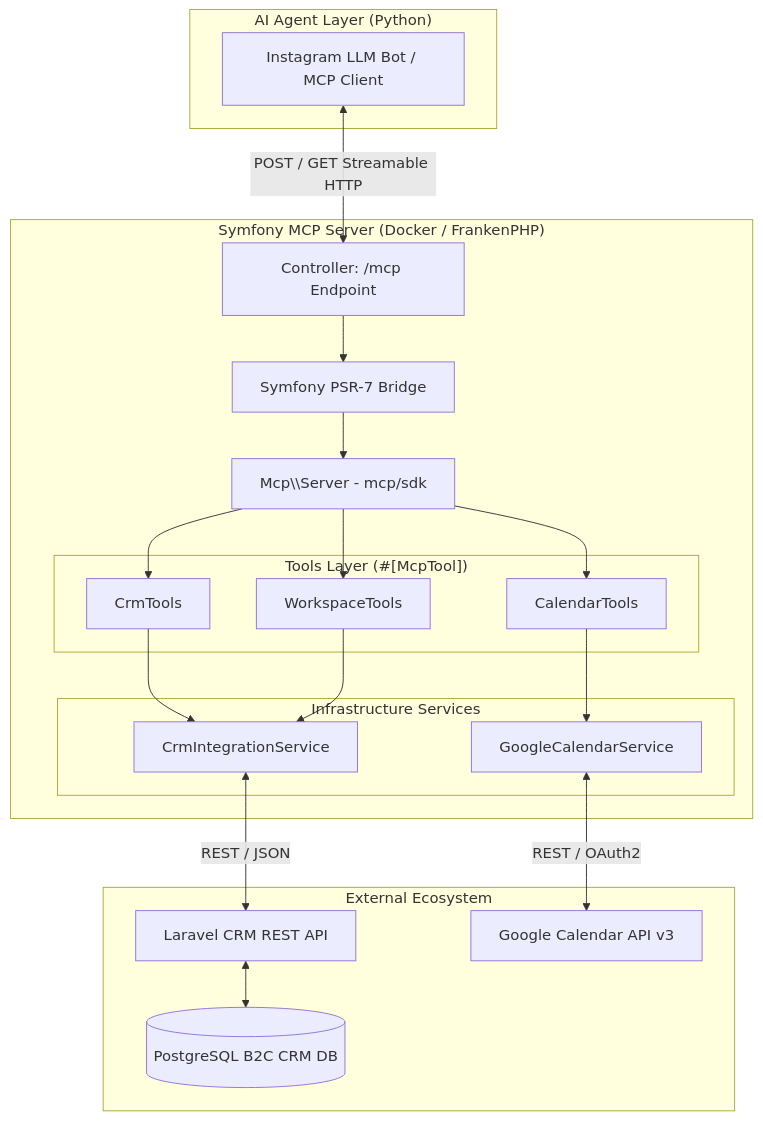
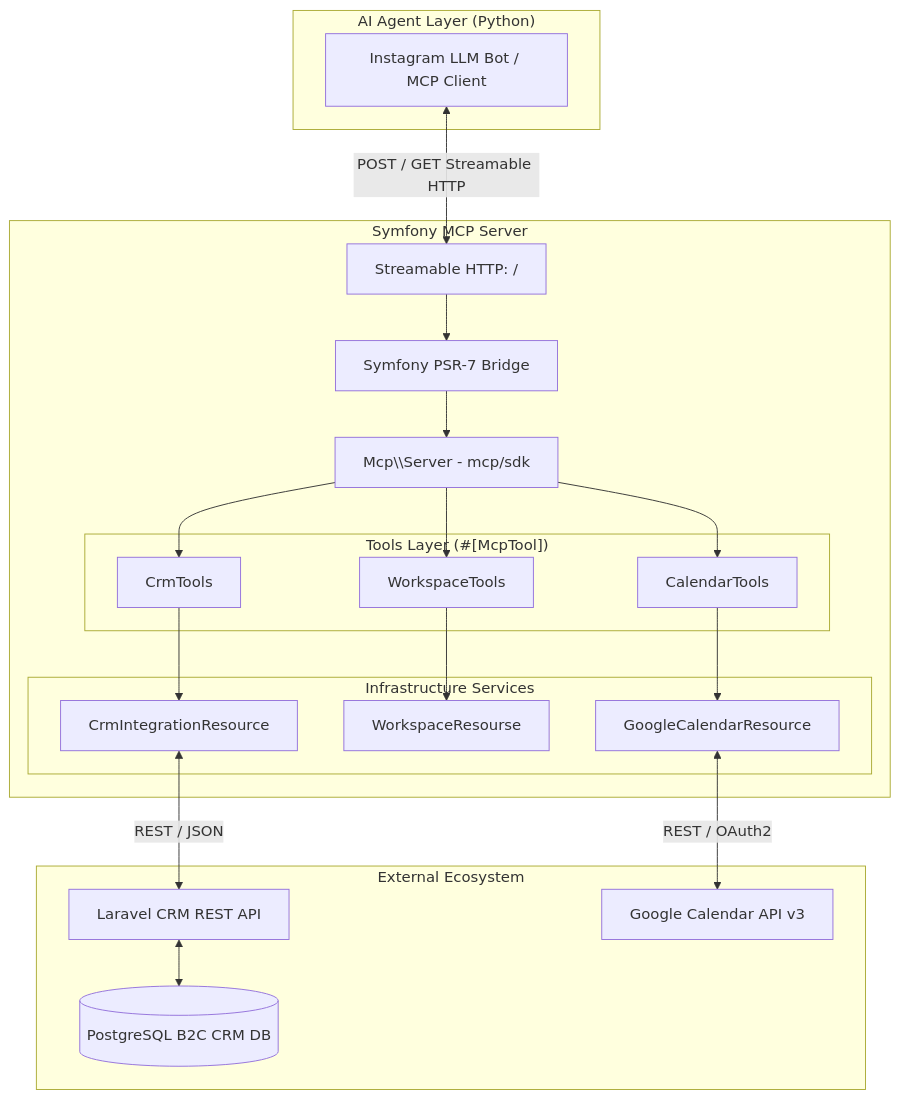
The first of 2 diagrams in docs/spec/mcp.md (worldhorizontechnology/services), drawn with Mermaid before and after one commit. The commit also changed other lines of this file and 3 other files, not shown here.

````diff
--- a/docs/spec/mcp.md
+++ b/docs/spec/mcp.md
@@ -73,45 +73,46 @@
 ```mermaid
 graph TD
     subgraph "AI Agent Layer (Python)"
         Bot[Instagram LLM Bot / MCP Client]
     end
 
-    subgraph "Symfony MCP Server (Docker / FrankenPHP)"
-        Endpoint[Controller: /mcp Endpoint]
+    subgraph "Symfony MCP Server"
+        Endpoint[Streamable HTTP: /]
         Bridge[Symfony PSR-7 Bridge]
         SDK[Mcp\\Server - mcp/sdk]
         
         subgraph "Tools Layer (#[McpTool])"
             CRM_Tools[CrmTools]
             WS_Tools[WorkspaceTools]
             Cal_Tools[CalendarTools]
         end
 
         subgraph "Infrastructure Services"
-            CRM_Service[CrmIntegrationService]
-            Cal_Service[GoogleCalendarService]
+            CRM_Service[CrmIntegrationResource]
+            Workspace_Resource[WorkspaceResourse]
+            Cal_Service[GoogleCalendarResource]
         end
     end
 
     subgraph "External Ecosystem"
         Laravel_API[Laravel CRM REST API]
         DB[(PostgreSQL B2C CRM DB)]
         GCal[Google Calendar API v3]
     end
 
     Bot <-->|POST / GET Streamable HTTP| Endpoint
     Endpoint --> Bridge
     Bridge --> SDK
     SDK --> CRM_Tools
     SDK --> WS_Tools
     SDK --> Cal_Tools
 
     CRM_Tools --> CRM_Service
-    WS_Tools --> CRM_Service
+    WS_Tools --> Workspace_Resource
     Cal_Tools --> Cal_Service
 
     CRM_Service <-->|REST / JSON| Laravel_API
     Laravel_API <--> DB
     Cal_Service <-->|REST / OAuth2| GCal
 
 ```
````
